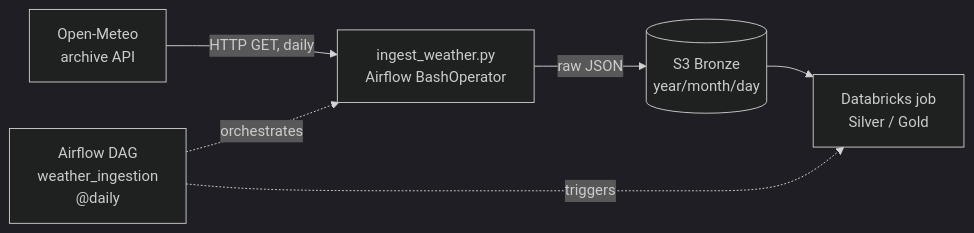
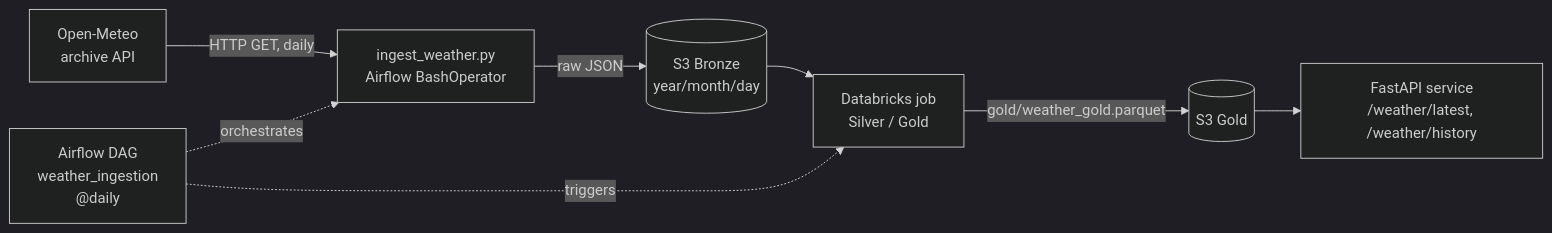
One commit to Robert09Dorcu/robert-weather-mlops-pipeline changed the diagram in README.md. Above: the diagram before and after it, drawn with Mermaid (dark theme). The commit also changed other lines of this file and 3 other files, not shown here.

````diff
--- a/README.md
+++ b/README.md
@@ -9,8 +9,10 @@
 ```mermaid
 flowchart LR
     A[Open-Meteo<br/>archive API] -->|HTTP GET, daily| B[ingest_weather.py<br/>Airflow BashOperator]
     B -->|raw JSON| C[(S3 Bronze<br/>year/month/day)]
     C --> D[Databricks job<br/>Silver / Gold]
+    D -->|gold/weather_gold.parquet| G[(S3 Gold)]
+    G --> F[FastAPI service<br/>/weather/latest, /weather/history]
     E[Airflow DAG<br/>weather_ingestion<br/>@daily] -.orchestrates.-> B
     E -.triggers.-> D
 ```
````
